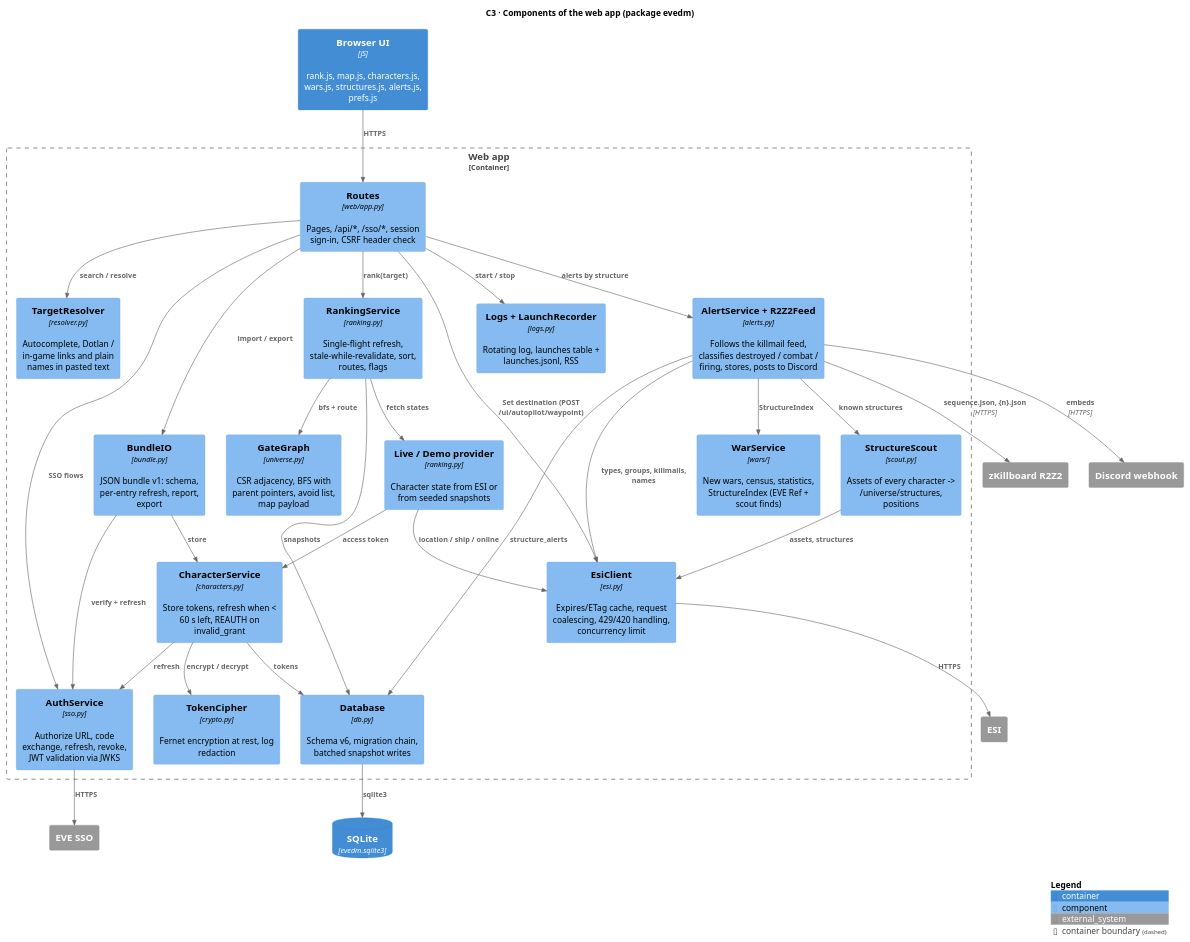
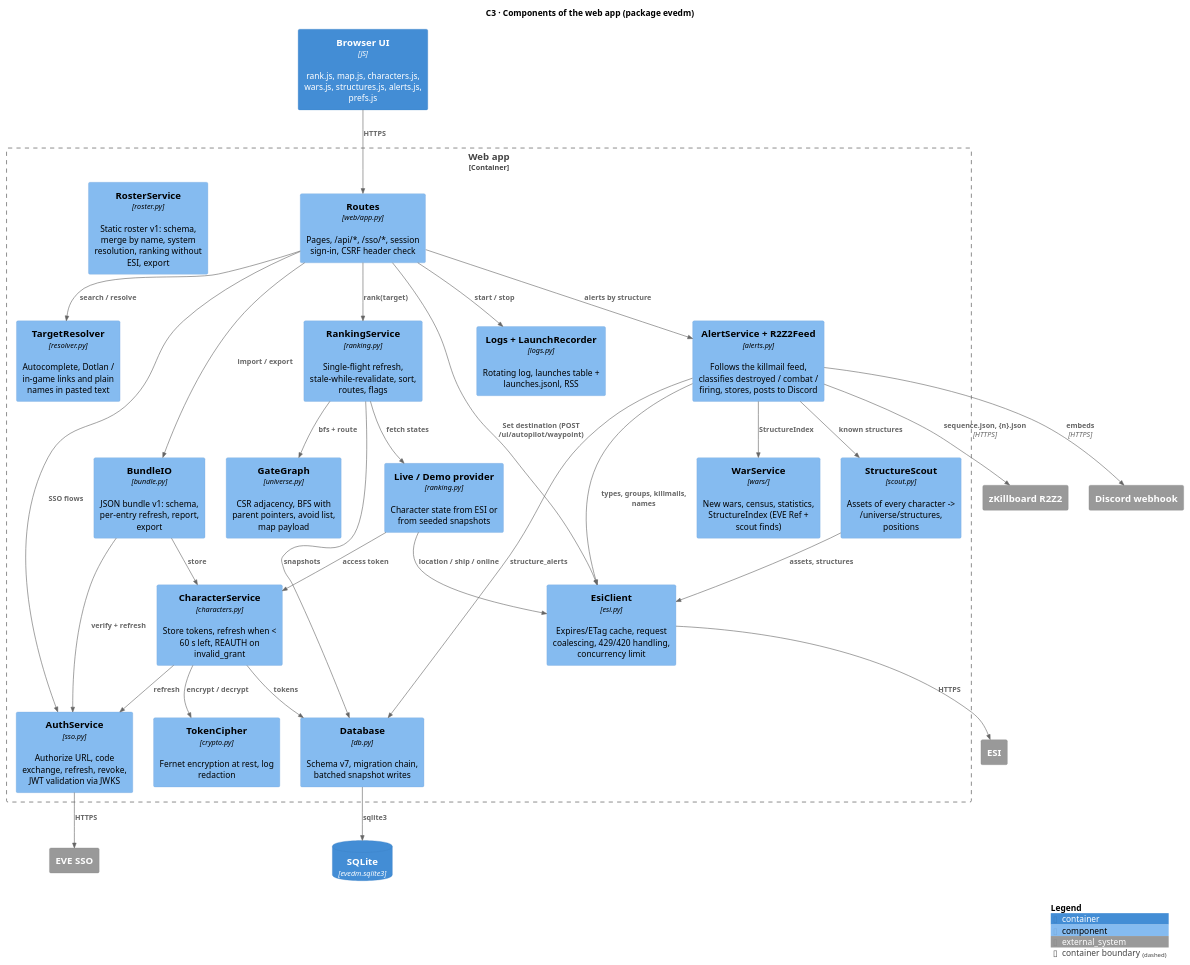
Before and after one commit to Headruner/war-bot-2: the diagram in docs/c4/03-c3-components.puml, drawn with PlantUML. The commit also changed 6 other files, not shown here.

First line of the commit message:
docs: document the static roster

```diff
--- a/docs/c4/03-c3-components.puml
+++ b/docs/c4/03-c3-components.puml
@@ -1,60 +1,61 @@
 @startuml c3-components
 !include <C4/C4_Component>
 title C3 · Components of the web app (package evedm)
 LAYOUT_TOP_DOWN()
 
 Container(spa, "Browser UI", "JS", "rank.js, map.js, characters.js, wars.js, structures.js, alerts.js, prefs.js")
 ContainerDb(db, "SQLite", "evedm.sqlite3")
 System_Ext(sso, "EVE SSO")
 System_Ext(esi, "ESI")
 System_Ext(zkb, "zKillboard R2Z2")
 System_Ext(discord, "Discord webhook")
 
 Container_Boundary(web, "Web app") {
   Component(routes, "Routes", "web/app.py", "Pages, /api/*, /sso/*, session sign-in, CSRF header check")
   Component(resolver, "TargetResolver", "resolver.py", "Autocomplete, Dotlan / in-game links and plain names in pasted text")
   Component(ranking, "RankingService", "ranking.py", "Single-flight refresh, stale-while-revalidate, sort, routes, flags")
   Component(graph, "GateGraph", "universe.py", "CSR adjacency, BFS with parent pointers, avoid list, map payload")
   Component(provider, "Live / Demo provider", "ranking.py", "Character state from ESI or from seeded snapshots")
   Component(chars, "CharacterService", "characters.py", "Store tokens, refresh when < 60 s left, REAUTH on invalid_grant")
   Component(bundle, "BundleIO", "bundle.py", "JSON bundle v1: schema, per-entry refresh, report, export")
+  Component(roster, "RosterService", "roster.py", "Static roster v1: schema, merge by name, system resolution, ranking without ESI, export")
   Component(auth, "AuthService", "sso.py", "Authorize URL, code exchange, refresh, revoke, JWT validation via JWKS")
   Component(esiclient, "EsiClient", "esi.py", "Expires/ETag cache, request coalescing, 429/420 handling, concurrency limit")
   Component(cipher, "TokenCipher", "crypto.py", "Fernet encryption at rest, log redaction")
-  Component(store, "Database", "db.py", "Schema v6, migration chain, batched snapshot writes")
+  Component(store, "Database", "db.py", "Schema v7, migration chain, batched snapshot writes")
   Component(launch, "Logs + LaunchRecorder", "logs.py", "Rotating log, launches table + launches.jsonl, RSS")
   Component(wars, "WarService", "wars/", "New wars, census, statistics, StructureIndex (EVE Ref + scout finds)")
   Component(scout, "StructureScout", "scout.py", "Assets of every character -> /universe/structures, positions")
   Component(alerts, "AlertService + R2Z2Feed", "alerts.py", "Follows the killmail feed, classifies destroyed / combat / firing, stores, posts to Discord")
 }
 
 Rel(spa, routes, "HTTPS")
 Rel(routes, resolver, "search / resolve")
 Rel(routes, ranking, "rank(target)")
 Rel(routes, bundle, "import / export")
 Rel(routes, auth, "SSO flows")
 Rel(ranking, graph, "bfs + route")
 Rel(ranking, provider, "fetch states")
 Rel(provider, chars, "access token")
 Rel(provider, esiclient, "location / ship / online")
 Rel(chars, auth, "refresh")
 Rel(chars, cipher, "encrypt / decrypt")
 Rel(bundle, chars, "store")
 Rel(bundle, auth, "verify + refresh")
 Rel(chars, store, "tokens")
 Rel(ranking, store, "snapshots")
 Rel(store, db, "sqlite3")
 Rel(auth, sso, "HTTPS")
 Rel(esiclient, esi, "HTTPS")
 Rel(routes, launch, "start / stop")
 Rel(routes, alerts, "alerts by structure")
 Rel(routes, esiclient, "Set destination (POST /ui/autopilot/waypoint)")
 Rel(alerts, zkb, "sequence.json, {n}.json", "HTTPS")
 Rel(alerts, esiclient, "types, groups, killmails, names")
 Rel(alerts, scout, "known structures")
 Rel(alerts, wars, "StructureIndex")
 Rel(alerts, discord, "embeds", "HTTPS")
 Rel(scout, esiclient, "assets, structures")
 Rel(alerts, store, "structure_alerts")
 SHOW_LEGEND()
 @enduml
```
